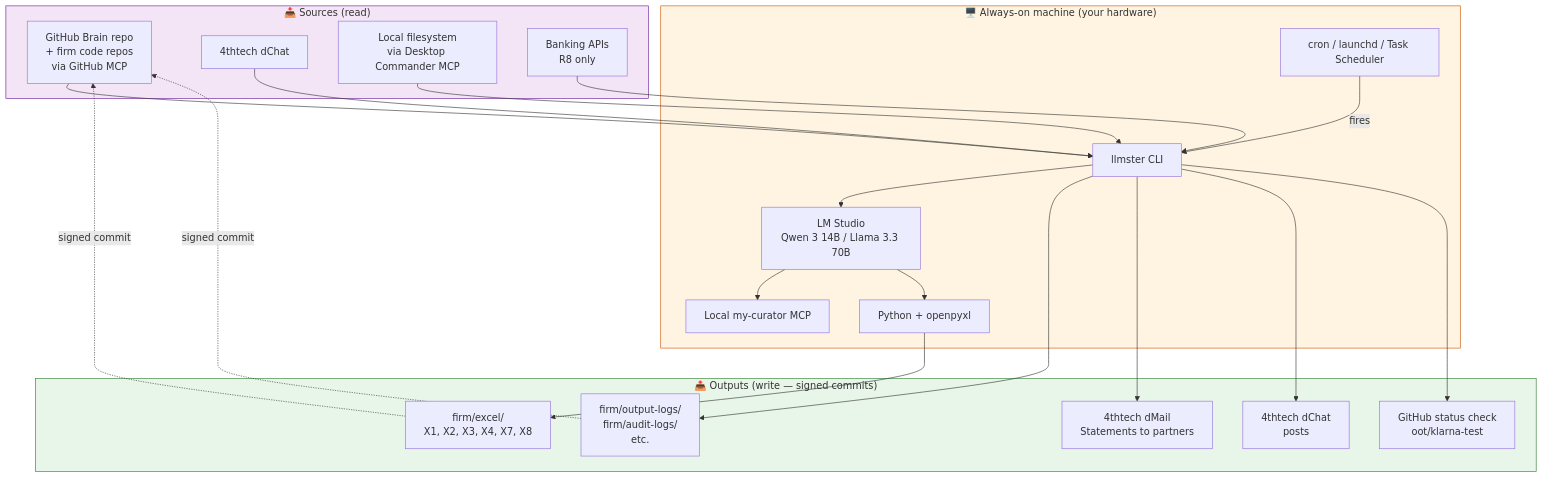
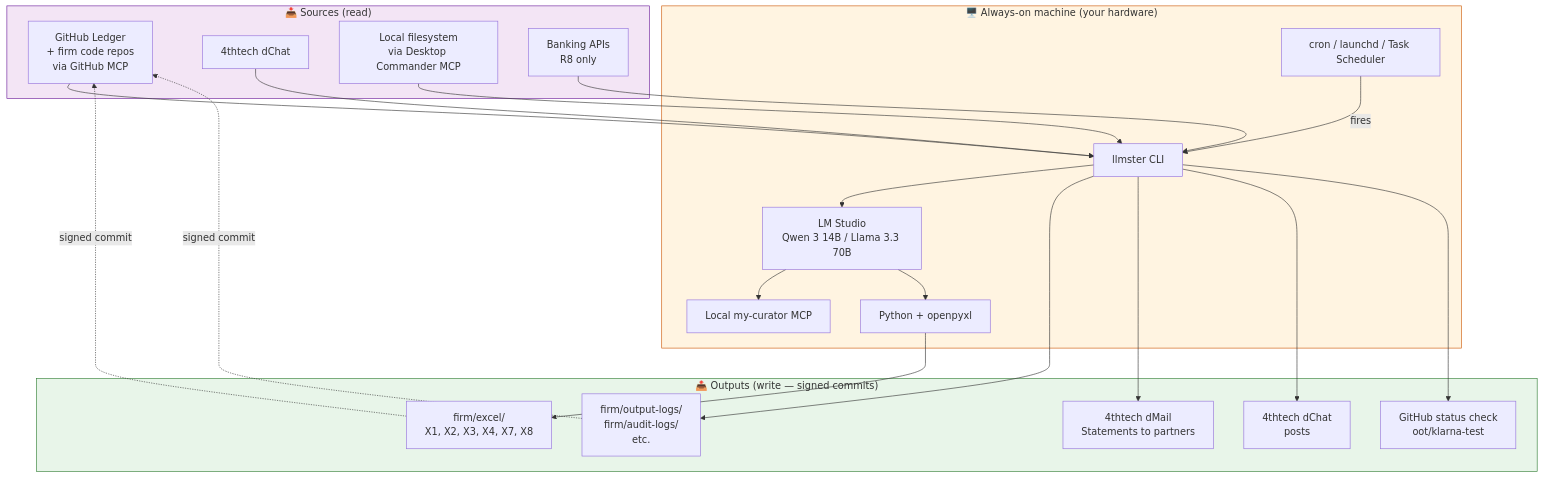
Before and after one commit to talirezun/oot-framework: the second of 4 diagrams in docs/AUTOMATION-PIPELINE.md, drawn with Mermaid. The commit also changed other lines of this file and 50 other files, not shown here.

````diff
--- a/docs/AUTOMATION-PIPELINE.md
+++ b/docs/AUTOMATION-PIPELINE.md
@@ -259,46 +259,46 @@
 ```mermaid
 flowchart TB
     subgraph Sources_p["📥 Sources (read)"]
-        GitHub_p[GitHub Brain repo<br/>+ firm code repos<br/>via GitHub MCP]
+        GitHub_p[GitHub Ledger<br/>+ firm code repos<br/>via GitHub MCP]
         DChat[4thtech dChat]
         Local[Local filesystem<br/>via Desktop Commander MCP]
         BankP[Banking APIs<br/>R8 only]
     end
 
     subgraph AlwaysOn["🖥️ Always-on machine (your hardware)"]
         Cron[cron / launchd / Task Scheduler]
         LLMster[llmster CLI]
         LMStudio[LM Studio<br/>Qwen 3 14B / Llama 3.3 70B]
         OpenpyxlP[Python + openpyxl]
         CuratorLocal[Local my-curator MCP]
     end
 
     subgraph Outputs_p["📤 Outputs (write — signed commits)"]
         BrainXLSX_p[firm/excel/<br/>X1, X2, X3, X4, X7, X8]
         BrainMD_p[firm/output-logs/<br/>firm/audit-logs/<br/>etc.]
         DMail[4thtech dMail<br/>Statements to partners]
         DChatPost[4thtech dChat<br/>posts]
         StatusCheck_p[GitHub status check<br/>oot/klarna-test]
     end
 
     Cron -->|fires| LLMster
     LLMster --> LMStudio
     LMStudio --> CuratorLocal
     LMStudio --> OpenpyxlP
     GitHub_p --> LLMster
     DChat --> LLMster
     Local --> LLMster
     BankP --> LLMster
 
     OpenpyxlP --> BrainXLSX_p
     LLMster --> BrainMD_p
     BrainXLSX_p -.signed commit.-> GitHub_p
     BrainMD_p -.signed commit.-> GitHub_p
     LLMster --> DMail
     LLMster --> DChatPost
     LLMster --> StatusCheck_p
 
     style AlwaysOn fill:#fff4e1,stroke:#cc5500
     style Outputs_p fill:#e8f5e9,stroke:#2e7d32
     style Sources_p fill:#f3e5f5,stroke:#6a1b9a
 ```
````
